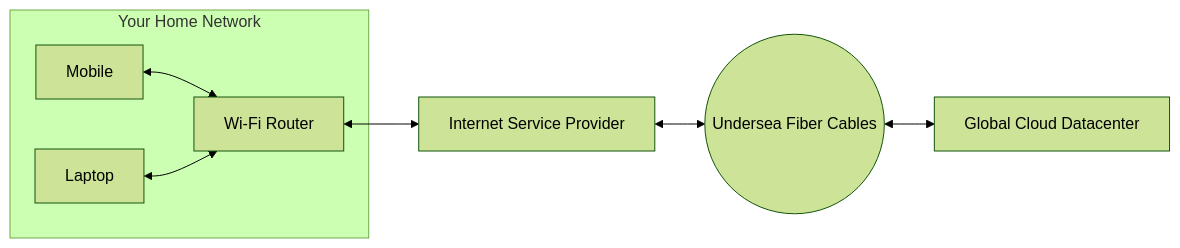
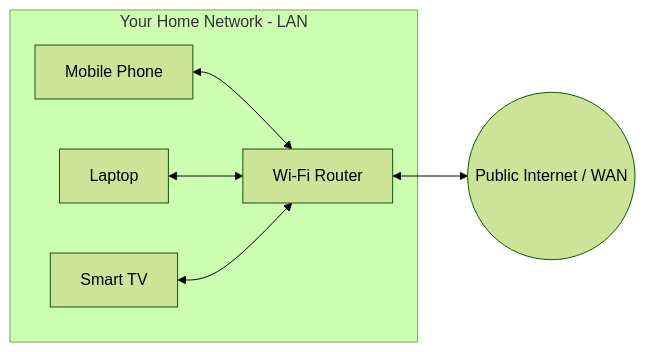
The second of 22 diagrams in README.md (Sujalkathait/high-level-design), drawn with Mermaid (forest theme) before and after one commit. The commit also changed other lines of this file, not shown here.

Commit message:
docs: complete Stage 1 (Phase 1 & Phase 2) with 31 topics, diagrams & simple English

````diff
--- a/README.md
+++ b/README.md
@@ -82,10 +109,9 @@
 ```mermaid
 graph LR
-    subgraph Local [Your Home Network]
-        Phone[Mobile] <--> Wi-Fi[Wi-Fi Router]
-        Laptop[Laptop] <--> Wi-Fi
+    subgraph LAN [Your Home Network - LAN]
+        Phone[Mobile Phone] <--> Router[Wi-Fi Router]
+        Laptop[Laptop] <--> Router
+        SmartTV[Smart TV] <--> Router
     end
-    Wi-Fi <--> ISP[Internet Service Provider]
-    ISP <--> Cables((Undersea Fiber Cables))
-    Cables <--> Cloud[Global Cloud Datacenter]
+    Router <--> WAN((Public Internet / WAN))
 ```
````
